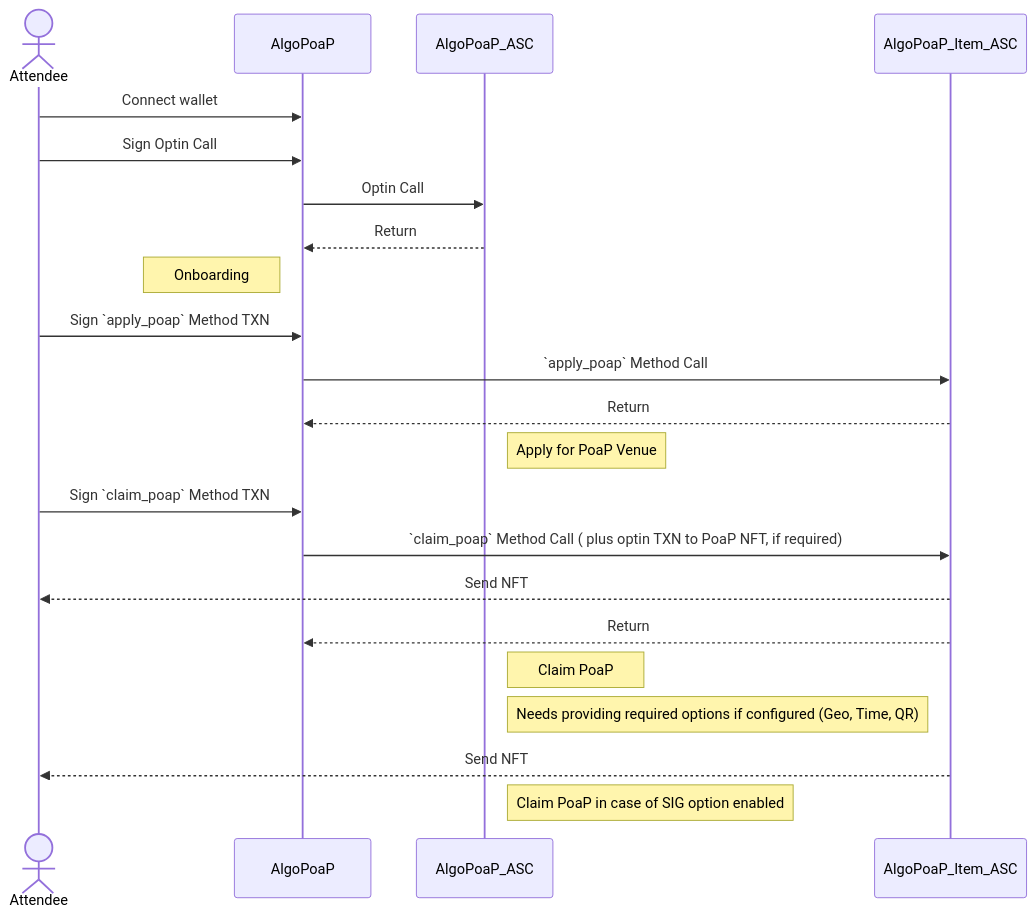
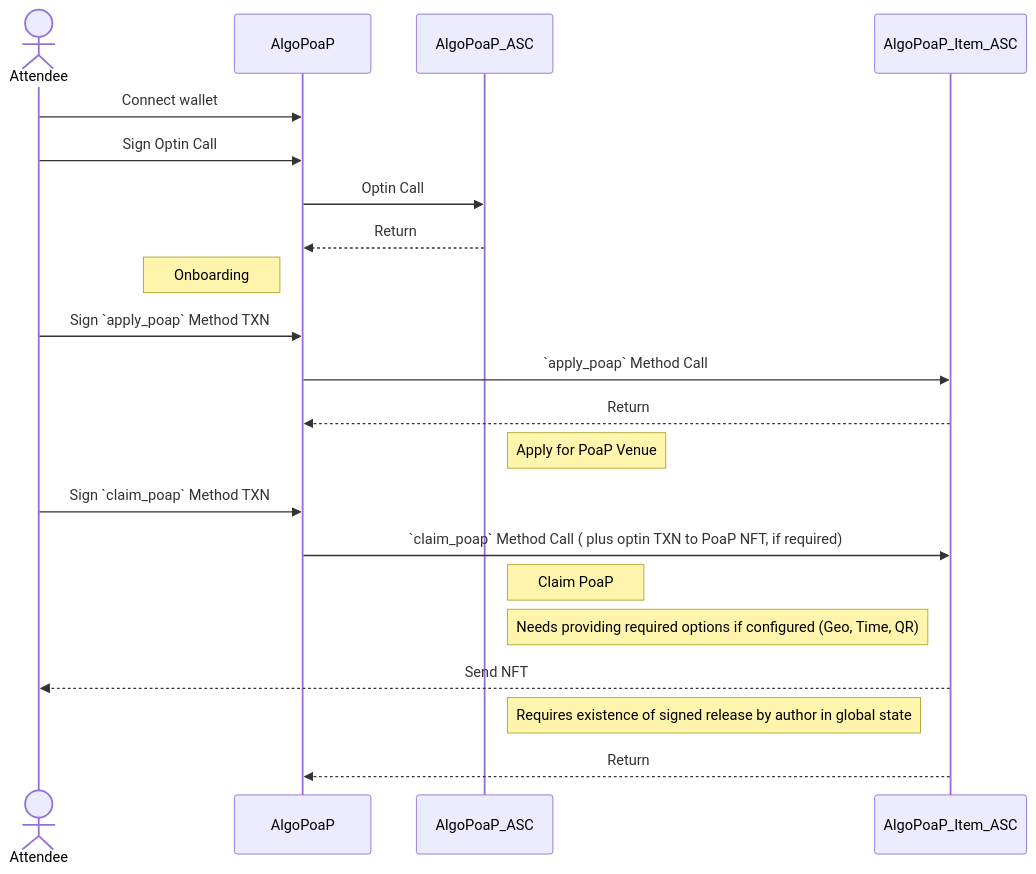
The third of 10 diagrams in profile/README.md (GoPlausible/.github), drawn with Mermaid before and after one commit. The commit also changed other lines of this file, not shown here.

````diff
--- a/profile/README.md
+++ b/profile/README.md
@@ -125,31 +125,34 @@
 ```mermaid
 sequenceDiagram 
 actor Attendee
 participant AlgoPoaP
 participant AlgoPoaP_ASC
 participant AlgoPoaP_Item_ASC
 Attendee ->> AlgoPoaP: Connect wallet
 Attendee ->> AlgoPoaP: Sign Optin Call
 AlgoPoaP ->> AlgoPoaP_ASC: Optin Call
 AlgoPoaP_ASC -->> AlgoPoaP: Return
 Note left of AlgoPoaP: Onboarding
 
 Attendee ->> AlgoPoaP: Sign `apply_poap` Method TXN
 AlgoPoaP ->> AlgoPoaP_Item_ASC:  `apply_poap` Method Call
 AlgoPoaP_Item_ASC -->> AlgoPoaP: Return
 Note right of AlgoPoaP_ASC: Apply for PoaP Venue
 
 
 Attendee ->> AlgoPoaP: Sign `claim_poap` Method TXN
 AlgoPoaP ->> AlgoPoaP_Item_ASC: `claim_poap` Method Call ( plus optin TXN to PoaP NFT, if required)
-AlgoPoaP_Item_ASC -->> Attendee: Send NFT
-AlgoPoaP_Item_ASC -->> AlgoPoaP: Return
-
 Note right of AlgoPoaP_ASC: Claim PoaP
 Note right of AlgoPoaP_ASC: Needs providing required options if configured (Geo, Time, QR)
 AlgoPoaP_Item_ASC -->> Attendee: Send NFT
-Note right of AlgoPoaP_ASC: Claim PoaP in case of SIG option enabled
+Note right of AlgoPoaP_ASC: Requires existence of signed release by author in global state
+AlgoPoaP_Item_ASC -->> AlgoPoaP: Return
+
+
+
+
+
 
 
 
 ```
````
